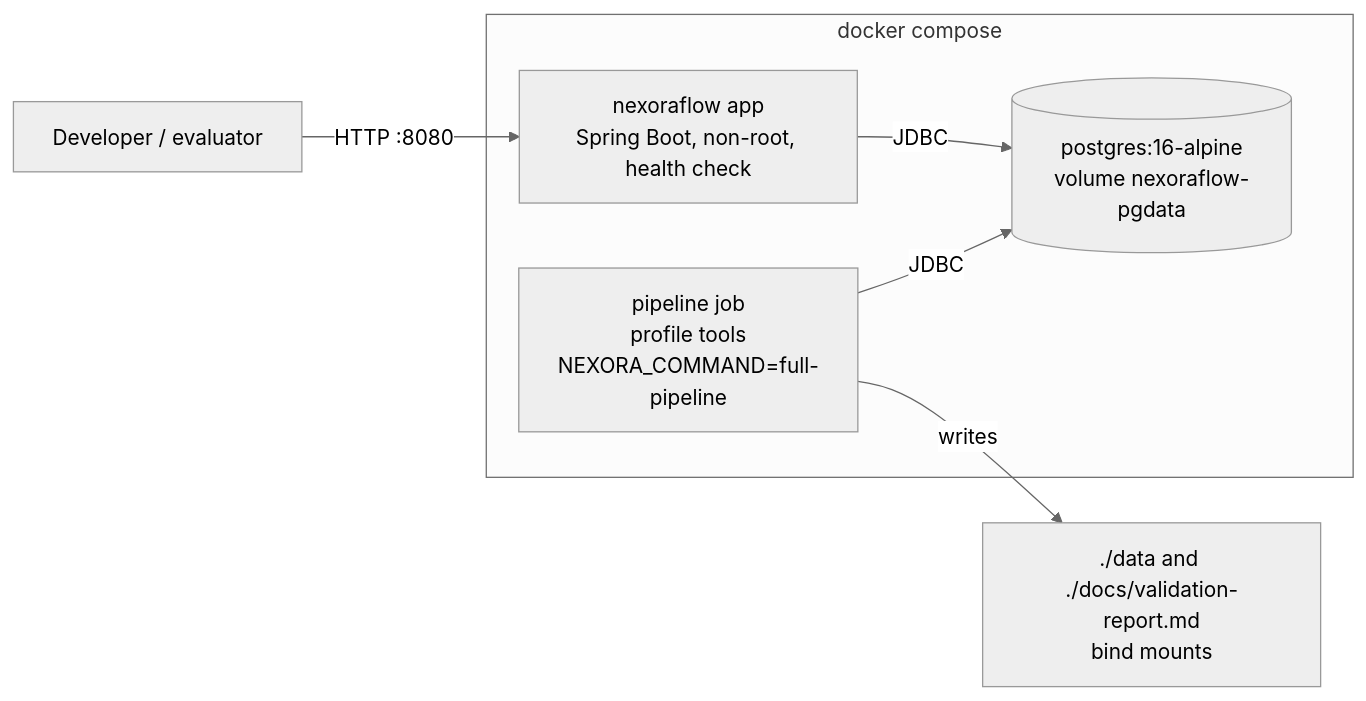
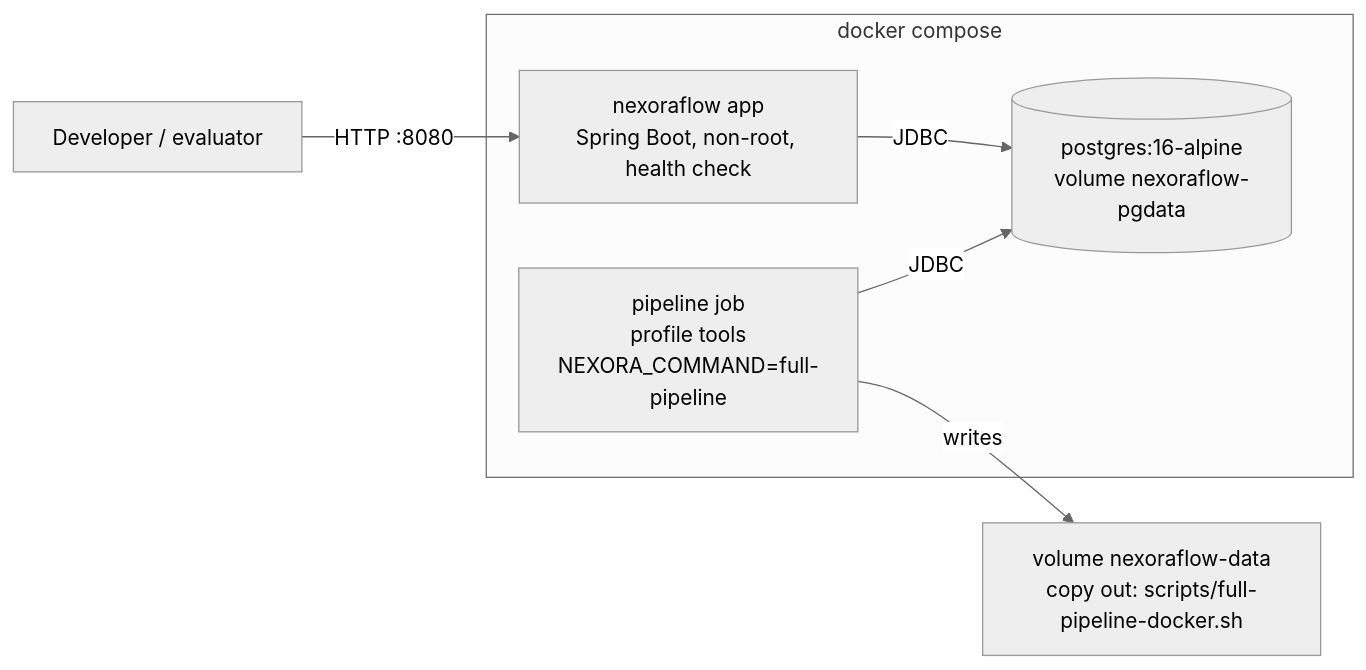
One commit to nitesh-narwal/nexoraflow changed diagram 16 of 16 in README.md. Above: the diagram before and after it, drawn with Mermaid (neutral theme). The commit also changed other lines of this file and 6 other files, not shown here.

Commit message:
removed bind-mounts

````diff
--- a/README.md
+++ b/README.md
@@ -518,9 +520,9 @@
 ```mermaid
 flowchart LR
     DEV[Developer / evaluator] -->|HTTP :8080| APP
     subgraph compose[docker compose]
         APP[nexoraflow app<br/>Spring Boot, non-root, health check] -->|JDBC| PG[(postgres:16-alpine<br/>volume nexoraflow-pgdata)]
         PIPE[pipeline job<br/>profile tools<br/>NEXORA_COMMAND=full-pipeline] -->|JDBC| PG
     end
-    PIPE -->|writes| DATA[./data and ./docs/validation-report.md<br/>bind mounts]
+    PIPE -->|writes| DATA[volume nexoraflow-data<br/>copy out: scripts/full-pipeline-docker.sh]
 ```
````
